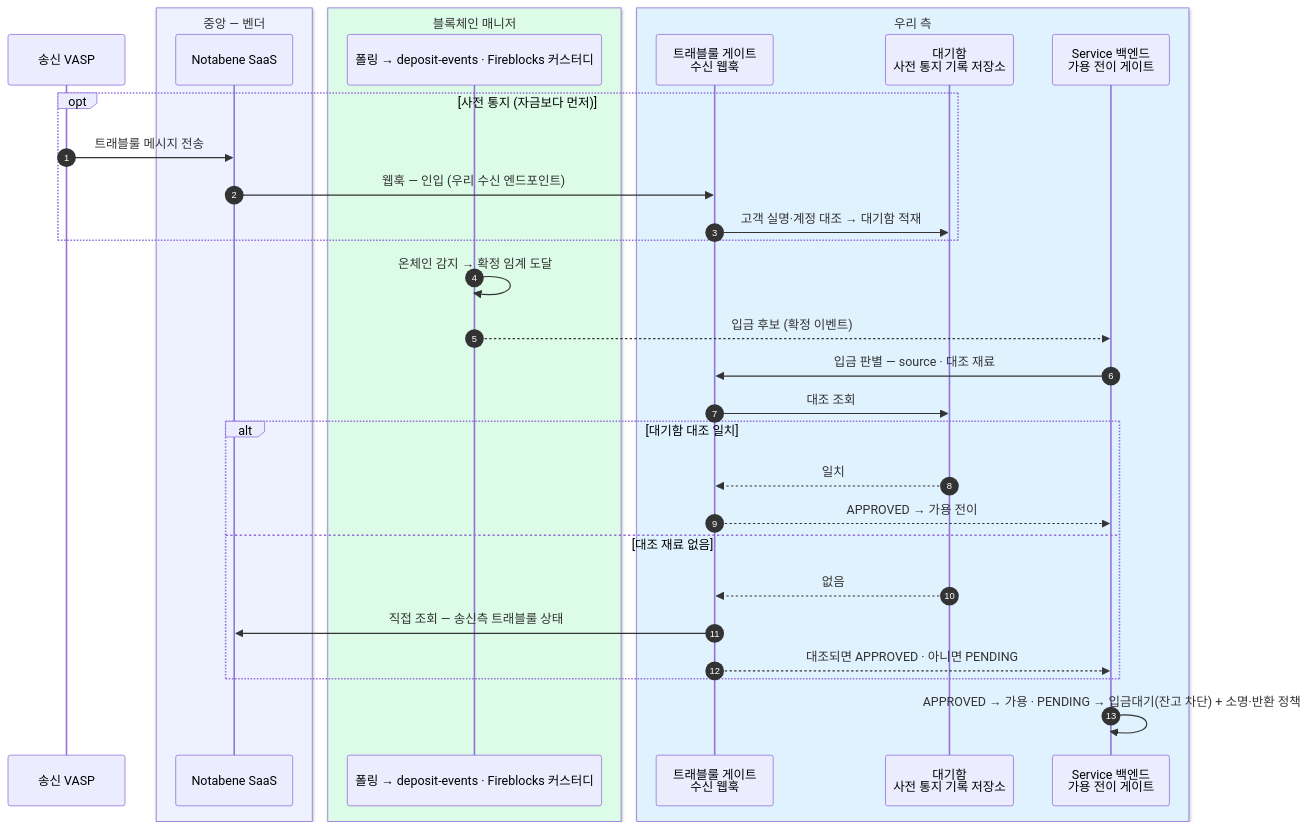
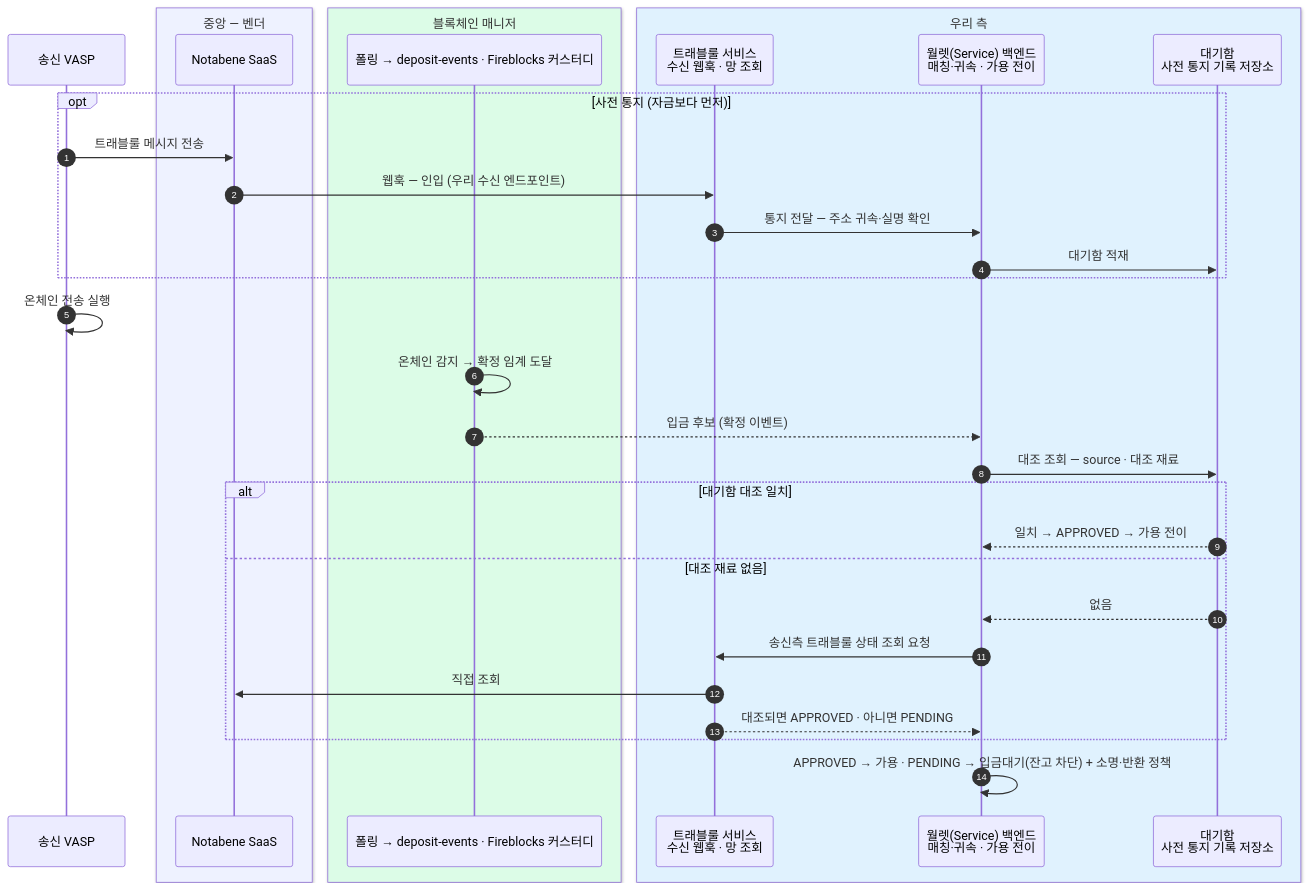
Before and after one commit to eunsujeo/eunpus: the seventh of 11 diagrams in blockchain-manager/docs/트래블룰/설계/07-scenarios.md, drawn with Mermaid. The commit also changed other lines of this file and 36 other files, not shown here.

````diff
--- a/blockchain-manager/docs/트래블룰/설계/07-scenarios.md
+++ b/blockchain-manager/docs/트래블룰/설계/07-scenarios.md
@@ -307,35 +314,36 @@
 ```mermaid
 sequenceDiagram
     autonumber
     participant SV as 송신 VASP
     box rgb(238,242,255) 중앙 — 벤더
     participant NB as Notabene SaaS
     end
     box rgb(220,252,231) 블록체인 매니저
     participant BM as 폴링 → deposit-events · Fireblocks 커스터디
     end
     box rgb(224,242,254) 우리 측
-    participant GT as 트래블룰 게이트<br/>수신 웹훅
+    participant GT as 트래블룰 서비스<br/>수신 웹훅 · 망 조회
+    participant BE as 월렛(Service) 백엔드<br/>매칭·귀속 · 가용 전이
     participant WQ as 대기함<br/>사전 통지 기록 저장소
-    participant BE as Service 백엔드<br/>가용 전이 게이트
     end
 
     opt 사전 통지 (자금보다 먼저)
         SV->>NB: 트래블룰 메시지 전송
         NB->>GT: 웹훅 — 인입 (우리 수신 엔드포인트)
-        GT->>WQ: 고객 실명·계정 대조 → 대기함 적재
+        GT->>BE: 통지 전달 — 주소 귀속·실명 확인
+        BE->>WQ: 대기함 적재
     end
+    SV->>SV: 온체인 전송 실행
     BM->>BM: 온체인 감지 → 확정 임계 도달
     BM-->>BE: 입금 후보 (확정 이벤트)
-    BE->>GT: 입금 판별 — source · 대조 재료
-    GT->>WQ: 대조 조회
+    BE->>WQ: 대조 조회 — source · 대조 재료
     alt 대기함 대조 일치
-        WQ-->>GT: 일치
-        GT-->>BE: APPROVED → 가용 전이
+        WQ-->>BE: 일치 → APPROVED → 가용 전이
     else 대조 재료 없음
-        WQ-->>GT: 없음
-        GT->>NB: 직접 조회 — 송신측 트래블룰 상태
+        WQ-->>BE: 없음
+        BE->>GT: 송신측 트래블룰 상태 조회 요청
+        GT->>NB: 직접 조회
         GT-->>BE: 대조되면 APPROVED · 아니면 PENDING
     end
     BE->>BE: APPROVED → 가용 · PENDING → 입금대기(잔고 차단) + 소명·반환 정책
 ```
````
